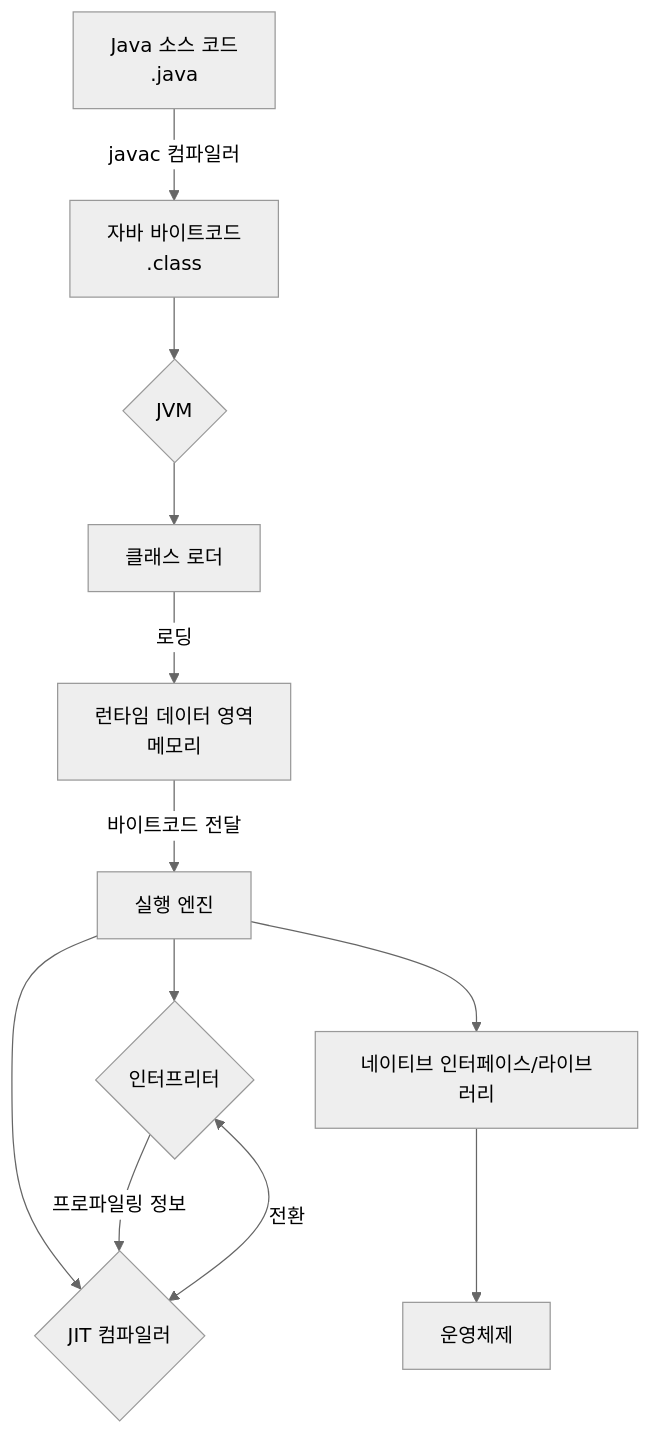
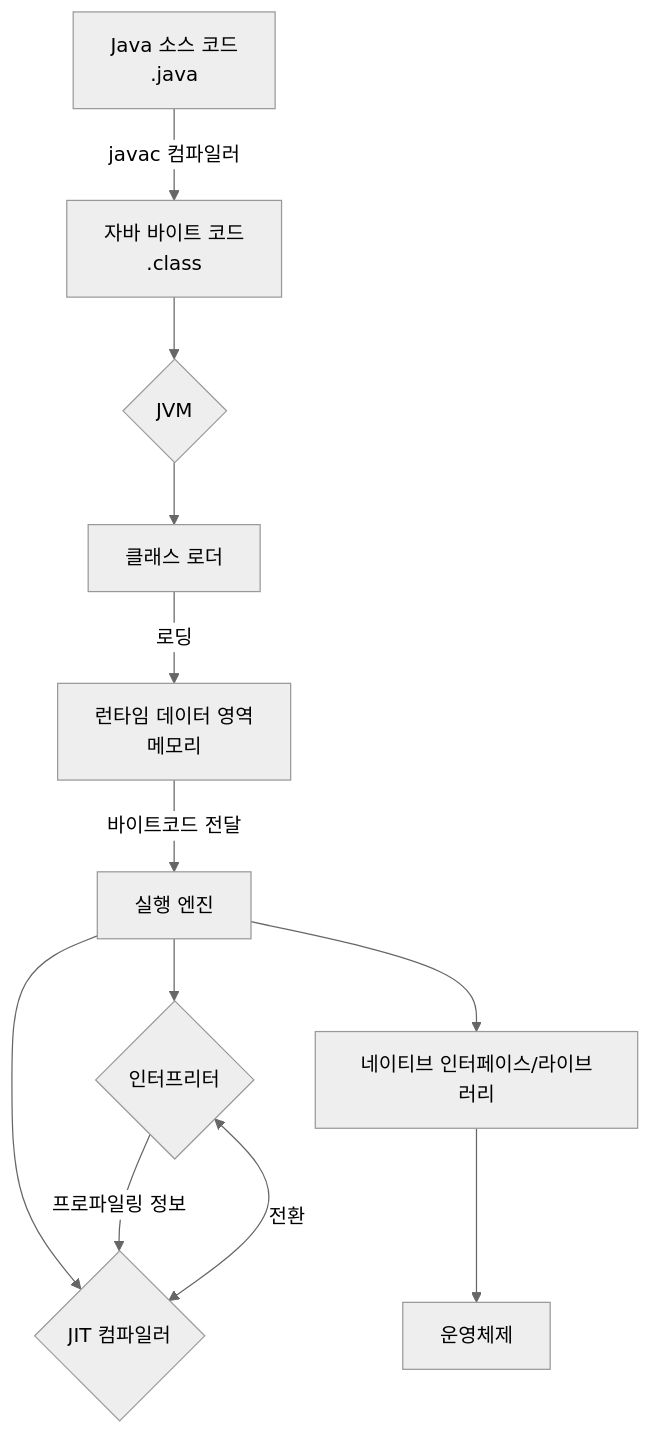
Before and after one commit to hyoguoo/hyoguoo.github.io: the first of 2 diagrams in src/content/docs/docs/java/jvm-execution-and-optimization.md, drawn with Mermaid (neutral theme). The commit also changed other lines of this file and 4 other files, not shown here.

````diff
--- a/src/content/docs/docs/java/jvm-execution-and-optimization.md
+++ b/src/content/docs/docs/java/jvm-execution-and-optimization.md
@@ -18,14 +18,14 @@
 ```mermaid
 flowchart TD
-    A[Java 소스 코드<br>.java] -->|javac 컴파일러| B[자바 바이트코드<br>.class]
+    A[Java 소스 코드<br>.java] -->|javac 컴파일러| B[자바 바이트 코드<br>.class]
     B --> C{JVM}
     C --> D[클래스 로더]
     D -- 로딩 --> E[런타임 데이터 영역<br>메모리]
     E -- 바이트코드 전달 --> F[실행 엔진]
     F --> G{인터프리터}
     F --> H{JIT 컴파일러}
     G -- 프로파일링 정보 --> H
     G <-->|전환| H
     F --> I[네이티브 인터페이스/라이브러리]
     I --> J[운영체제]
 ```
````
